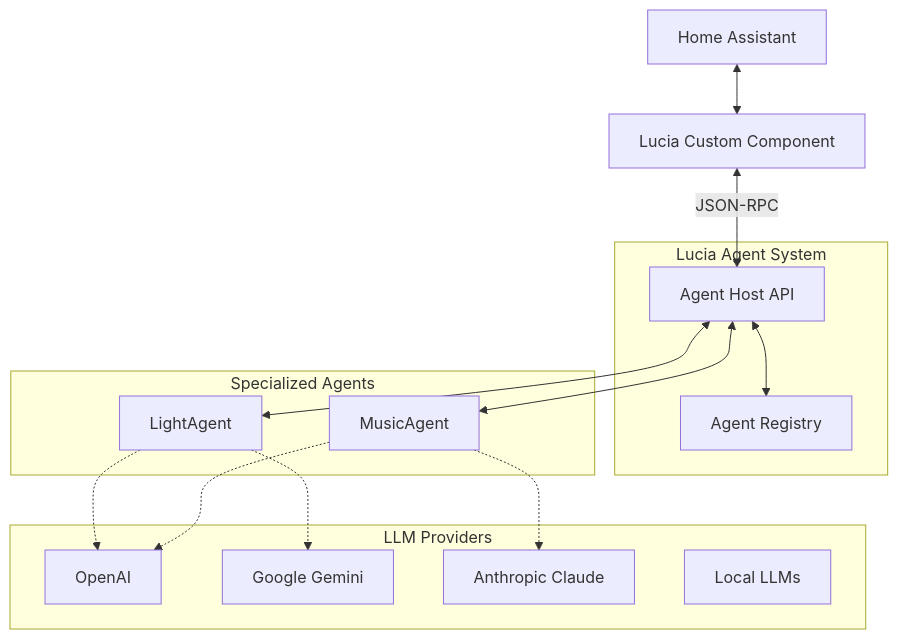
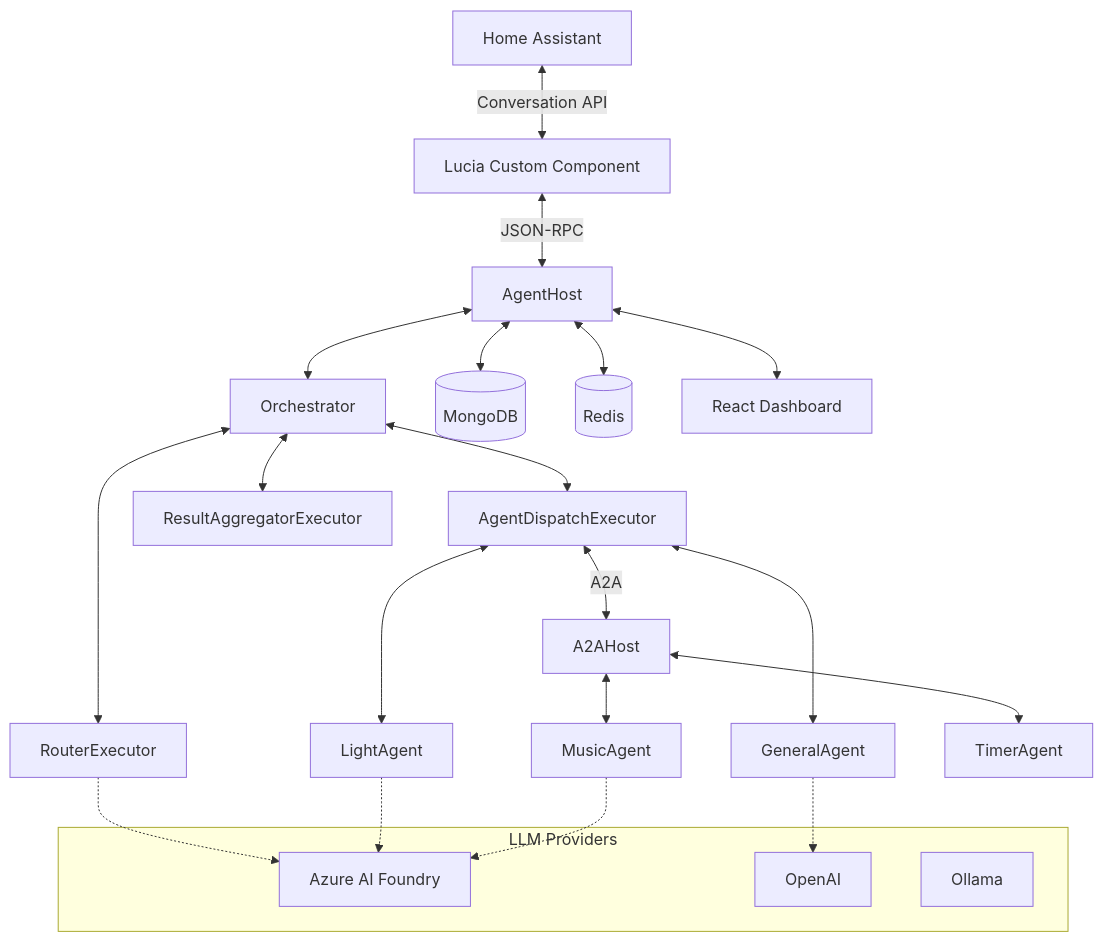
The diagram in README.md (seiggy/lucia-dotnet), drawn with Mermaid before and after one commit. The commit also changed other lines of this file and 636 other files, not shown here.

````diff
--- a/README.md
+++ b/README.md
@@ -111,30 +156,32 @@
 ```mermaid
 graph TB
-    HA[Home Assistant] <--> HP[Lucia Custom Component]
-    HP <-->|JSON-RPC| AH[Agent Host API]
-    AH <--> AR[Agent Registry]
-    AH <--> LA[LightAgent]
-    AH <--> MA[MusicAgent]
-    
-    subgraph "Lucia Agent System"
-        AH
-        AR
+    HA[Home Assistant] <-->|Conversation API| HP[Lucia Custom Component]
+    HP <-->|JSON-RPC| AH[AgentHost]
+
+    AH <--> O[Orchestrator]
+    O <--> Router[RouterExecutor]
+    O <--> Dispatch[AgentDispatchExecutor]
+    O <--> Agg[ResultAggregatorExecutor]
+
+    Dispatch <--> LA[LightAgent]
+    Dispatch <--> GA[GeneralAgent]
+    Dispatch <-->|A2A| A2A[A2AHost]
+
+    A2A <--> MA[MusicAgent]
+    A2A <--> TA[TimerAgent]
+
+    AH <--> DB[(MongoDB)]
+    AH <--> Cache[(Redis)]
+    AH <--> Dashboard[React Dashboard]
+
+    subgraph "LLM Providers"
+        Azure[Azure AI Foundry]
+        OAI[OpenAI]
+        Ollama[Ollama]
     end
-    
-    subgraph "Specialized Agents"
-        LA
-        MA
-    end
-    
-    subgraph "LLM Providers"
-        OpenAI
-        Gemini[Google Gemini]
-        Claude[Anthropic Claude]
-        Local[Local LLMs]
-    end
-    
-    LA -.-> OpenAI
-    MA -.-> OpenAI
-    LA -.-> Gemini
-    MA -.-> Claude
+
+    Router -.-> Azure
+    LA -.-> Azure
+    GA -.-> OAI
+    MA -.-> Azure
 ```
````
